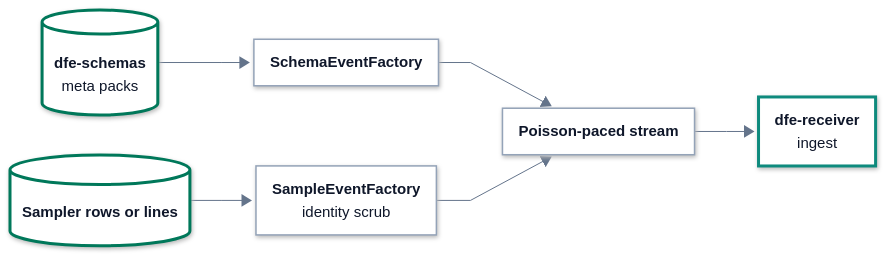
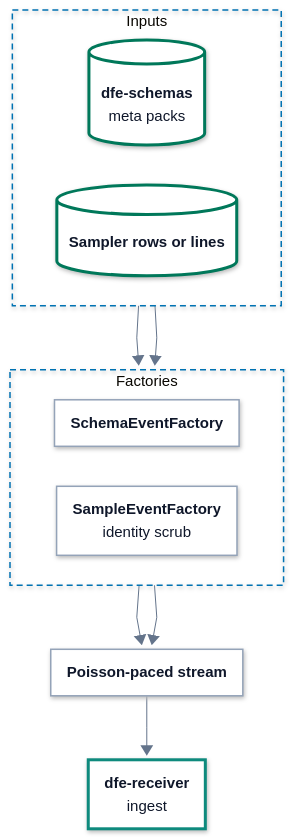
One commit to hyperi-io/dfe-engine changed the diagram in docs/control-plane/synthetic-data.md. Above: the diagram before and after it, drawn with Mermaid. The commit also changed 32 other files, not shown here.

First line of the commit message:
docs(architecture): engine page to the standard, diagrams to 860 px (#1209)

````diff
--- a/docs/control-plane/synthetic-data.md
+++ b/docs/control-plane/synthetic-data.md
@@ -52,15 +52,21 @@
     .ui .label-icon{color:#D9480F}
     .ext .label-icon{color:#64748B}
 ---
-flowchart LR
+flowchart TB
   accTitle: L4 Detail -- Synthetic data paths
   accDescr: dfe-schemas meta packs feed the schema event factory, and sampler rows or lines feed the sample event factory, which scrubs identities. Both feed a Poisson-paced stream that posts events to dfe-receiver's ingest endpoint.
 
-  packs[("<b>dfe-schemas</b><br/><span>meta packs</span>")]
-  sample[("<b>Sampler rows or lines</b>")]
+  subgraph inputs["Inputs"]
+    direction LR
+    packs[("<b>dfe-schemas</b><br/><span>meta packs</span>")]
+    sample[("<b>Sampler rows or lines</b>")]
+  end
 
-  schemaf["<b>SchemaEventFactory</b>"]
-  samplef["<b>SampleEventFactory</b><br/><span>identity scrub</span>"]
+  subgraph factories["Factories"]
+    direction LR
+    schemaf["<b>SchemaEventFactory</b>"]
+    samplef["<b>SampleEventFactory</b><br/><span>identity scrub</span>"]
+  end
 
   stream["<b>Poisson-paced stream</b>"]
 
@@ -71,6 +77,9 @@
   schemaf --> stream
   samplef --> stream
   stream --> receiver
+  class receiver ingest
+  class packs,sample store
+  class schemaf,samplef,stream part
   classDef ext fill:#F4F6F8,stroke:#94A3B8,stroke-width:1.5px,stroke-dasharray:5 4,color:#0F172A
   classDef ingest fill:#FFFFFF,stroke:#0E8A7D,stroke-width:3px,color:#0F172A
   classDef xform fill:#FFFFFF,stroke:#7B4FB0,stroke-width:3px,color:#0F172A
@@ -82,7 +91,6 @@
   classDef error fill:#FFFFFF,stroke:#C2410C,stroke-width:3px,color:#0F172A
   classDef control fill:#FFFFFF,stroke:#334155,stroke-width:3px,color:#0F172A
   classDef part fill:#FFFFFF,stroke:#94A3B8,stroke-width:1.5px,color:#0F172A
-  class receiver ingest
-  class packs,sample store
-  class schemaf,samplef,stream part
+  style inputs fill:none,stroke:#0072B2,stroke-width:1.5px,stroke-dasharray:6 4
+  style factories fill:none,stroke:#0072B2,stroke-width:1.5px,stroke-dasharray:6 4
 ```
````
